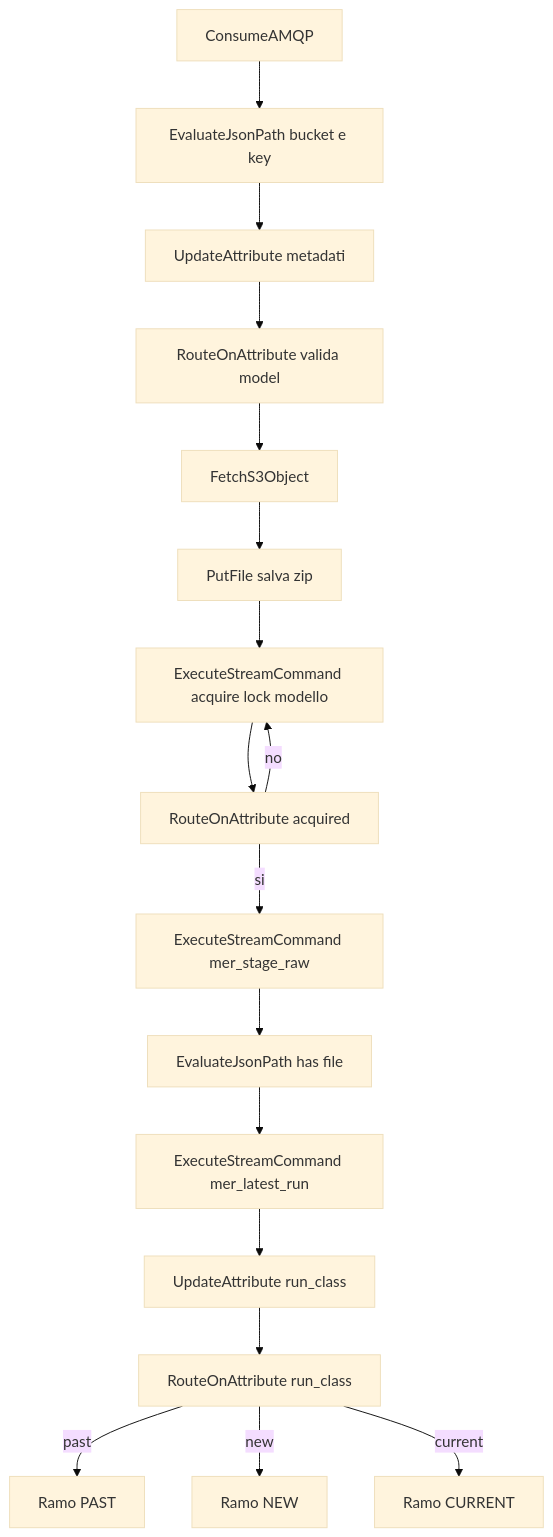
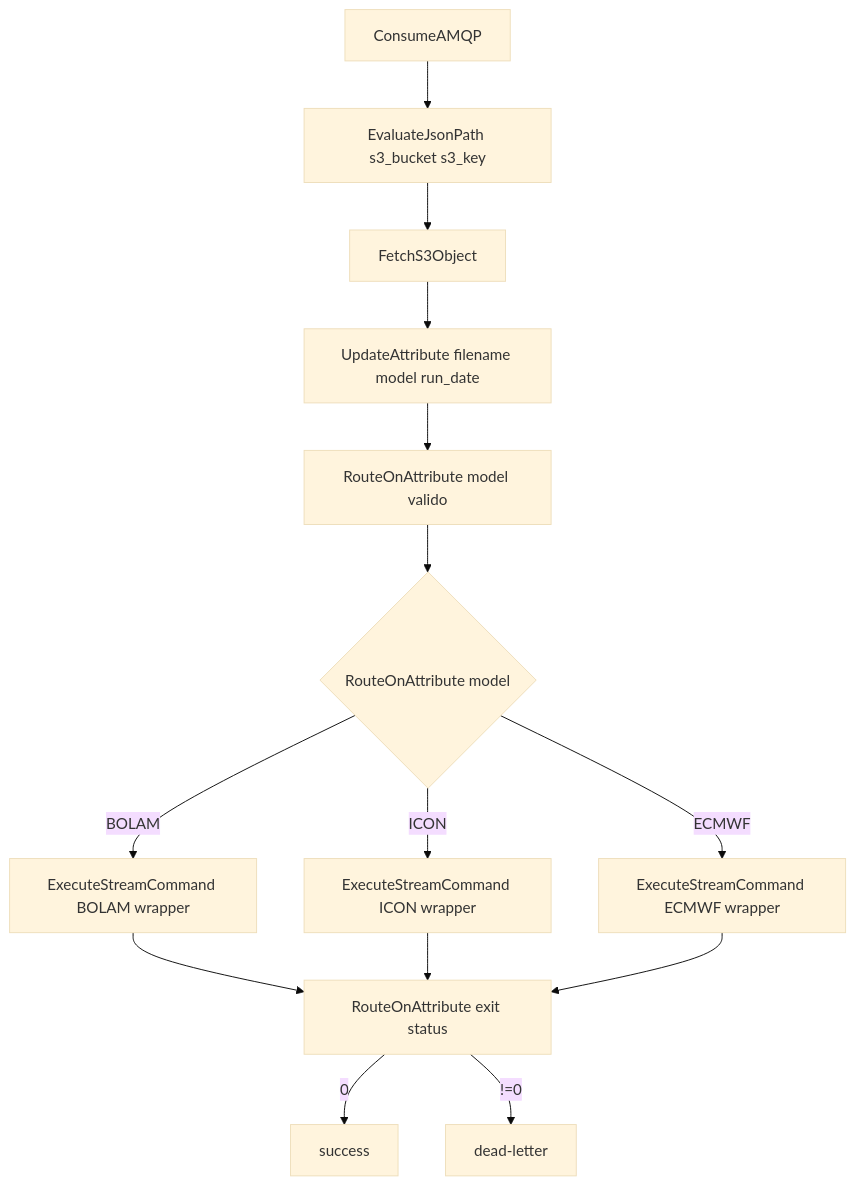
Before and after one commit to mdantonio-c/mistral-hub: the diagram in projects/mistral/nifi/scripts/forecasts/MER/docs/NIFI_WORKFLOW_GUIDE.md, drawn with Mermaid (base theme). The commit also changed other lines of this file and 20 other files, not shown here.

````diff
--- a/projects/mistral/nifi/scripts/forecasts/MER/docs/NIFI_WORKFLOW_GUIDE.md
+++ b/projects/mistral/nifi/scripts/forecasts/MER/docs/NIFI_WORKFLOW_GUIDE.md
@@ -14,19 +18,16 @@
 ```mermaid
 flowchart TD
-    A[ConsumeAMQP] --> B[EvaluateJsonPath bucket e key]
-    B --> C[UpdateAttribute metadati]
-    C --> D[RouteOnAttribute valida model]
-    D --> E[FetchS3Object]
-    E --> F[PutFile salva zip]
-    F --> G[ExecuteStreamCommand acquire lock modello]
-    G --> H[RouteOnAttribute acquired]
-    H -->|no| G
-    H -->|si| I[ExecuteStreamCommand mer_stage_raw]
-    I --> J[EvaluateJsonPath has file]
-    J --> K[ExecuteStreamCommand mer_latest_run]
-    K --> L[UpdateAttribute run_class]
-    L --> M[RouteOnAttribute run_class]
-    M -->|past| RP[Ramo PAST]
-    M -->|new| RN[Ramo NEW]
-    M -->|current| RC[Ramo CURRENT]
+    A[ConsumeAMQP] --> B[EvaluateJsonPath s3_bucket s3_key]
+    B --> C[FetchS3Object]
+    C --> D[UpdateAttribute filename model run_date]
+    D --> E[RouteOnAttribute model valido]
+    E --> F{RouteOnAttribute model}
+    F -->|BOLAM| G[ExecuteStreamCommand BOLAM wrapper]
+    F -->|ICON| H[ExecuteStreamCommand ICON wrapper]
+    F -->|ECMWF| I[ExecuteStreamCommand ECMWF wrapper]
+    G --> J[RouteOnAttribute exit status]
+    H --> J
+    I --> J
+    J -->|0| K[success]
+    J -->|!=0| L[dead-letter]
 ```
````
